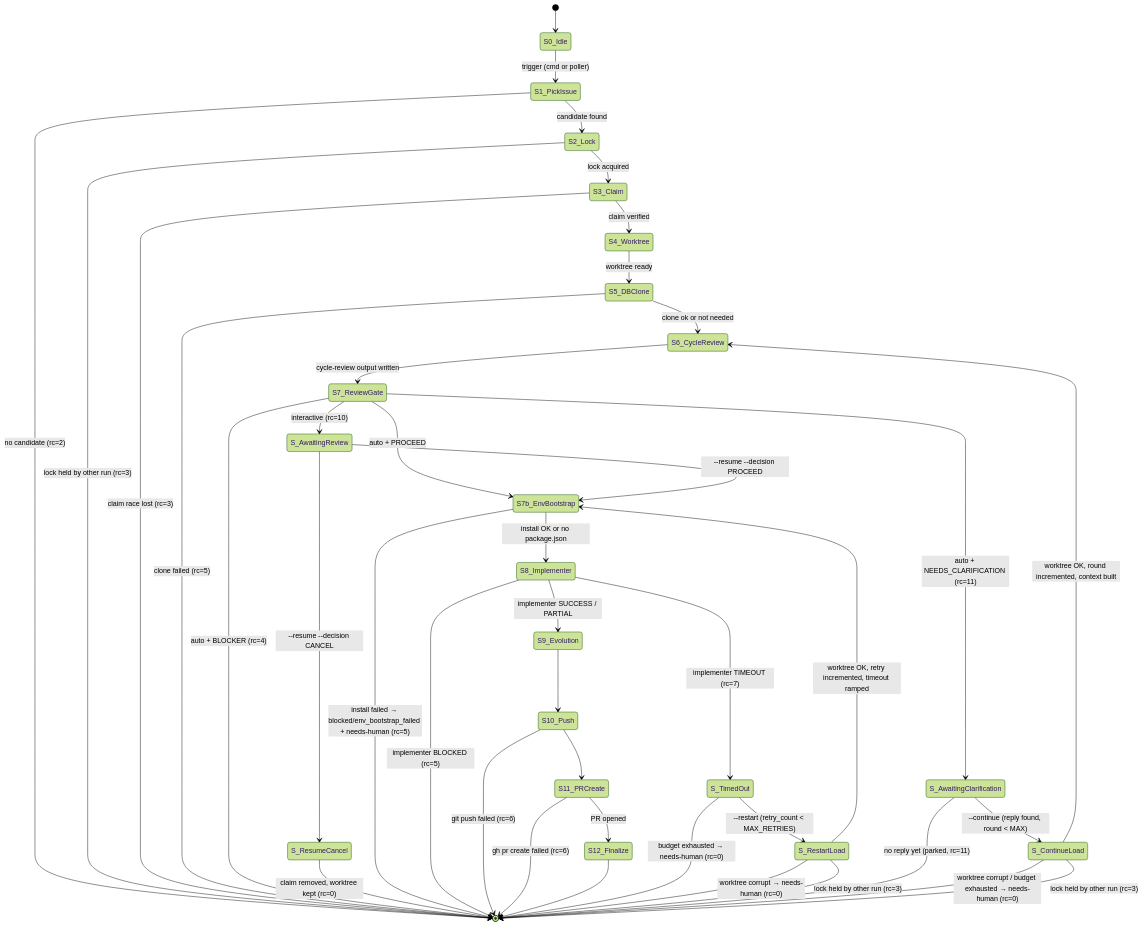
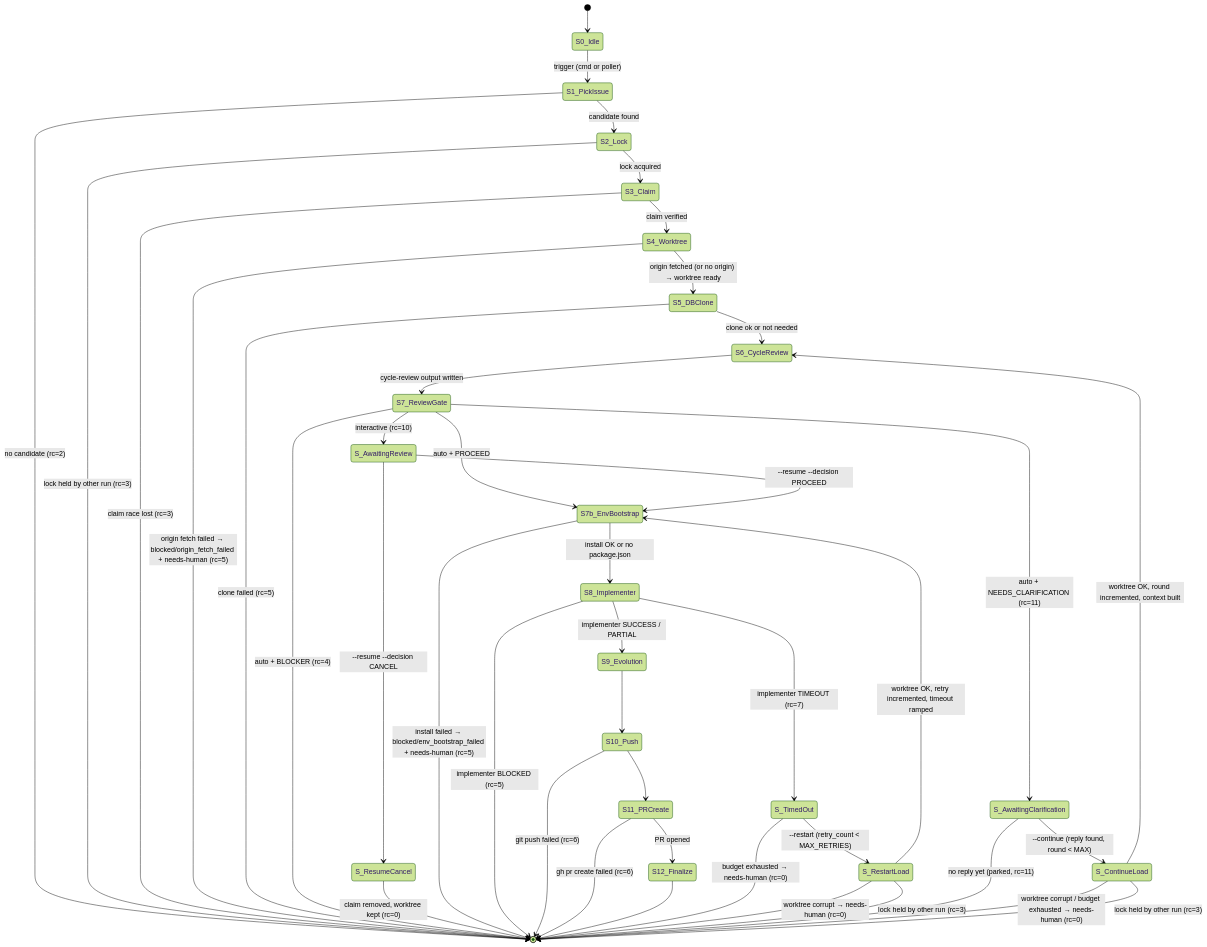
Before and after one commit to Silon-Oy/silon-issue-runner: the diagram in docs/diagrams/run-issues-state-machine.mmd, drawn with Mermaid (forest theme). The commit also changed 3 other files, not shown here.

First line of the commit message:
feat(run-issues): ensure fresh origin/main base on all implementer paths

```diff
--- a/docs/diagrams/run-issues-state-machine.mmd
+++ b/docs/diagrams/run-issues-state-machine.mmd
@@ -1,101 +1,108 @@
 %% /run-issues orchestrator — state machine
 %% Source of truth for orchestrate.sh control flow. Update both together.
 %%
 %% Two-phase resume-capable machine:
 %%   Phase A (S1..S6) runs from start. Review gate (S7) either decides
 %%   automatically (RUN_ISSUES_AUTO=1) and continues to Phase B in the
 %%   same invocation, or exits 10 ("awaiting_review") preserving lock +
 %%   claim + worktree. A separate --resume <run-dir> --decision
 %%   PROCEED|CANCEL invocation jumps to Phase B (S8..S12) or to
 %%   resume_cancel.
 stateDiagram-v2
     [*] --> S0_Idle
 
     %% ----- Phase A: pick → cycle-review -----
     S0_Idle --> S1_PickIssue: trigger (cmd or poller)
     S1_PickIssue --> S2_Lock: candidate found
     S1_PickIssue --> [*]: no candidate (rc=2)
 
     S2_Lock --> S3_Claim: lock acquired
     S2_Lock --> [*]: lock held by other run (rc=3)
 
     S3_Claim --> S4_Worktree: claim verified
     S3_Claim --> [*]: claim race lost (rc=3)
 
-    S4_Worktree --> S5_DBClone: worktree ready
+    %% S4 refreshes origin (refresh_origin) BEFORE branching so the worktree's
+    %% base is the real remote tip. On a NEW run a stale base is unrecoverable,
+    %% so a failed fetch is fail-fast. No origin remote -> skipped (local repo).
+    %% (restart/continue also refresh origin, but softly — internal state_events,
+    %% no state transition: a failed fetch there only risks a slightly stale
+    %% RESTART_CONTEXT / cycle-review base and is non-fatal.)
+    S4_Worktree --> S5_DBClone: origin fetched (or no origin) → worktree ready
+    S4_Worktree --> [*]: origin fetch failed → blocked/origin_fetch_failed + needs-human (rc=5)
     S5_DBClone --> S6_CycleReview: clone ok or not needed
     S5_DBClone --> [*]: clone failed (rc=5)
 
     %% S6_CycleReview merges the GoodReason Strategist (Σ/χ) and Architect
     %% (β/τ) roles into one prompt (prompts/01-cycle-review.md) — there is no
     %% separate Architect call. Deliberate simplification; see CLAUDE.md.
     S6_CycleReview --> S7_ReviewGate: cycle-review output written
 
     %% ----- Review gate: auto resolves in-process; interactive exits 10 -----
     S7_ReviewGate --> S7b_EnvBootstrap: auto + PROCEED
     S7_ReviewGate --> [*]: auto + BLOCKER (rc=4)
     S7_ReviewGate --> S_AwaitingClarification: auto + NEEDS_CLARIFICATION (rc=11)
     S7_ReviewGate --> S_AwaitingReview: interactive (rc=10)
 
     %% ----- Resume entry from awaiting_review -----
     S_AwaitingReview --> S7b_EnvBootstrap: --resume --decision PROCEED
     S_AwaitingReview --> S_ResumeCancel: --resume --decision CANCEL
     S_ResumeCancel --> [*]: claim removed, worktree kept (rc=0)
 
     %% ----- S7b: fail-fast env bootstrap before the implementer -----
     %% Installs the worktree's dependencies (package manager detected from the
     %% root lockfile: pnpm-lock.yaml/yarn.lock/package-lock.json). This turns an
     %% environment obstacle (e.g. a missing GITHUB_TOKEN that breaks private
     %% @scope/* installs from GitHub Packages) into an immediate, diagnosable
     %% blocked run instead of a silent implementer timeout that burns the whole
     %% budget. No package.json -> no-op (the dotfiles repo itself). On every path
     %% that reaches phase_b (start, --resume, --restart, --continue) this is the
     %% single chokepoint before S8. Secrets come from a machine-local, gitignored
     %% env file (~/.config/run-issues/env) sourced at startup — never the repo.
     S7b_EnvBootstrap --> S8_Implementer: install OK or no package.json
     S7b_EnvBootstrap --> [*]: install failed → blocked/env_bootstrap_failed + needs-human (rc=5)
 
     %% ----- Phase B: implementer → PR -----
     S8_Implementer --> S9_Evolution: implementer SUCCESS / PARTIAL
     S8_Implementer --> [*]: implementer BLOCKED (rc=5)
     %% Timeout (claude rc=124, or a hard-kill caught by the cleanup trap):
     %% finalize status=timed_out + timeout_phase=S8_Implementer, exit 7. The
     %% per-run current_state field (written by enter_state at every step) is the
     %% durable record the trap reads to detect a non-terminal S8.
     S8_Implementer --> S_TimedOut: implementer TIMEOUT (rc=7)
     S9_Evolution --> S10_Push
     S10_Push --> S11_PRCreate
     S10_Push --> [*]: git push failed (rc=6)
     S11_PRCreate --> S12_Finalize: PR opened
     S11_PRCreate --> [*]: gh pr create failed (rc=6)
     S12_Finalize --> [*]
 
     %% ----- Timeout auto-restart loop -----
     %% A timed_out run is picked up by poller.sh's scan_timed_out (or a manual
     %% --restart) and re-enters Phase B with a ramped, capped timeout
     %% (base*(1+retry_count), cap RUN_ISSUES_CLAUDE_TIMEOUT_MAX). retry_count is
     %% incremented BEFORE the claude call so the spend is durable under the lock.
     %% Restart skips pick/claim — the lock + GitHub assignee persist.
     S_TimedOut --> S_RestartLoad: --restart (retry_count < MAX_RETRIES)
     S_TimedOut --> [*]: budget exhausted → needs-human (rc=0)
     S_RestartLoad --> S7b_EnvBootstrap: worktree OK, retry incremented, timeout ramped
     S_RestartLoad --> [*]: worktree corrupt → needs-human (rc=0)
     S_RestartLoad --> [*]: lock held by other run (rc=3)
 
     %% ----- Clarification answer-and-continue loop -----
     %% NEEDS_CLARIFICATION parks the run as status=awaiting_clarification (rc=11):
     %% lock released, GitHub assignee + waiting label kept. The situation comment
     %% embeds an awaiting-answer marker (ts). poller.sh's scan_answered (host gate,
     %% round < MAX_CLARIFICATIONS) detects maintainer's reply by timestamp (detect_answer:
     %% createdAt > marker ts AND body lacks the run-issues: token) and launches
     %% orchestrate.sh --continue <run-dir> in a run-issues-continue-<issue> session.
     %% --continue re-runs S6 (run_cycle_review) with CLARIFICATION_CONTEXT built from
     %% the reply; clarification_round is incremented BEFORE the claude call.
     S_AwaitingClarification --> S_ContinueLoad: --continue (reply found, round < MAX)
     S_AwaitingClarification --> [*]: no reply yet (parked, rc=11)
     S_ContinueLoad --> S6_CycleReview: worktree OK, round incremented, context built
     S_ContinueLoad --> [*]: worktree corrupt / budget exhausted → needs-human (rc=0)
     S_ContinueLoad --> [*]: lock held by other run (rc=3)
     %% Re-run outcomes feed straight back through S7_ReviewGate:
     %%   PROCEED → remove waiting label → Phase B; still NEEDS_CLARIFICATION →
     %%   re-park (round+1, rc=11); BLOCKER → needs-human (rc=4, no loop).
```
